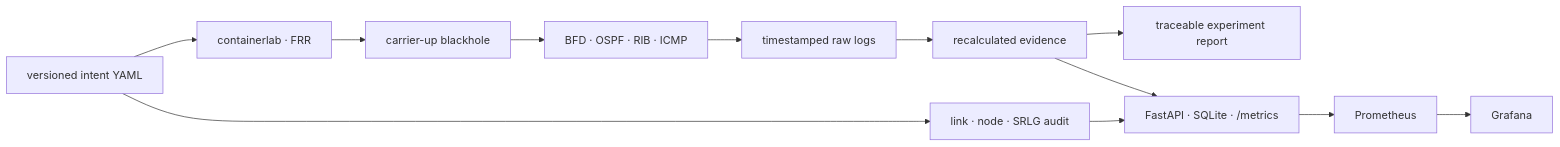
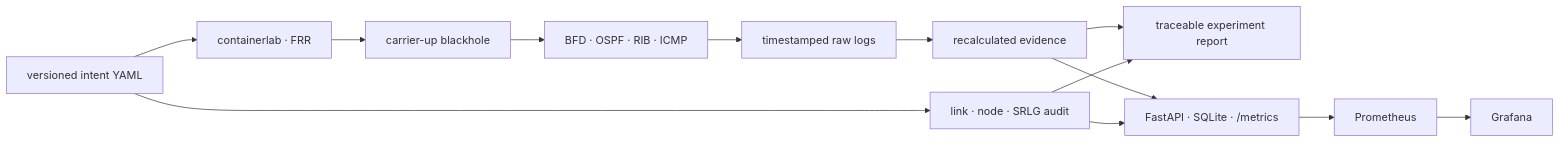
One commit to teriyakki-jin/telconet-sentinel changed the diagram in README.md. Above: the diagram before and after it, drawn with Mermaid. The commit also changed other lines of this file, not shown here.

````diff
--- a/README.md
+++ b/README.md
@@ -189,14 +204,15 @@
 ```mermaid
 flowchart LR
     INTENT["versioned intent YAML"] --> LAB["containerlab · FRR"]
     INTENT --> AUDIT["link · node · SRLG audit"]
     LAB --> FAULT["carrier-up blackhole"]
     FAULT --> OBSERVE["BFD · OSPF · RIB · ICMP"]
     OBSERVE --> RAW["timestamped raw logs"]
     RAW --> EVIDENCE["recalculated evidence"]
     EVIDENCE --> REPORT["traceable experiment report"]
     EVIDENCE --> API["FastAPI · SQLite · /metrics"]
+    AUDIT --> REPORT
     AUDIT --> API
     API --> PROM["Prometheus"]
     PROM --> GRAFANA["Grafana"]
 ```
````
